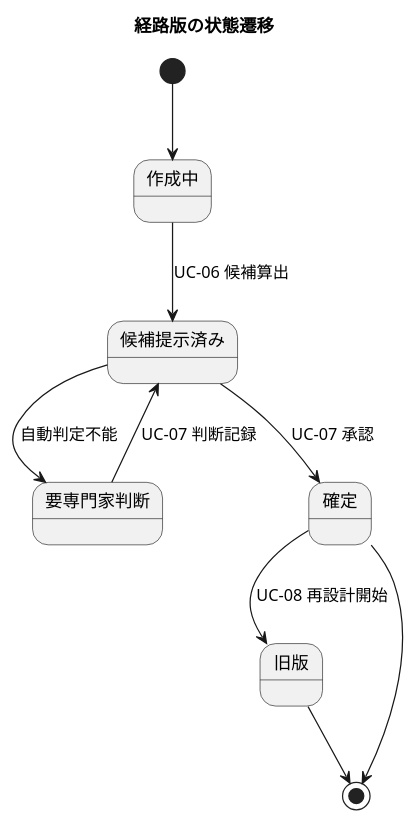
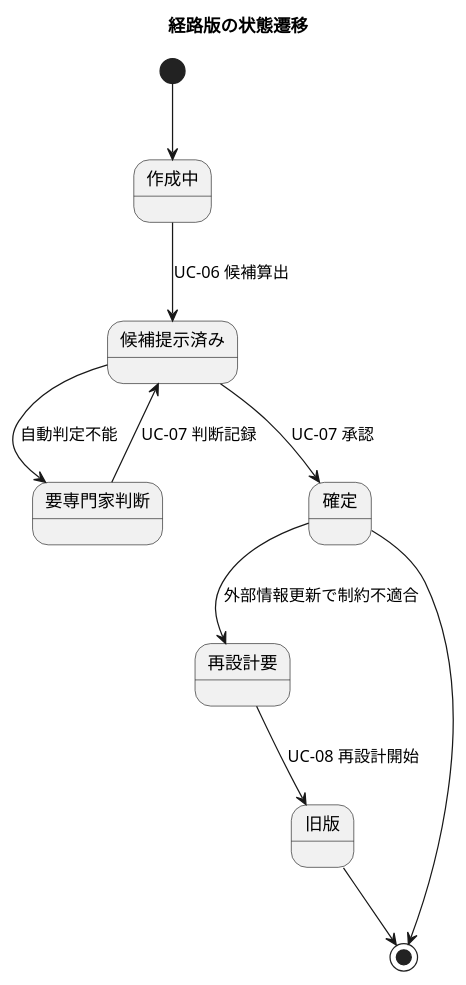
The tenth of 12 diagrams in docs/requirements/cargo-tracker/requirements_definition.md (k2works/practical-domain-driven-design-in-enterpris-application), drawn with PlantUML before and after one commit. The commit also changed other lines of this file and 10 other files, not shown here.

````diff
--- a/docs/requirements/cargo-tracker/requirements_definition.md
+++ b/docs/requirements/cargo-tracker/requirements_definition.md
@@ -634,13 +646,14 @@
 ```plantuml
 @startuml
 title 経路版の状態遷移
 [*] --> 作成中
 作成中 --> 候補提示済み : UC-06 候補算出
 候補提示済み --> 要専門家判断 : 自動判定不能
 要専門家判断 --> 候補提示済み : UC-07 判断記録
 候補提示済み --> 確定 : UC-07 承認
-確定 --> 旧版 : UC-08 再設計開始
+確定 --> 再設計要 : 外部情報更新で制約不適合
+再設計要 --> 旧版 : UC-08 再設計開始
 旧版 --> [*]
 確定 --> [*]
 @enduml
 ```
````
